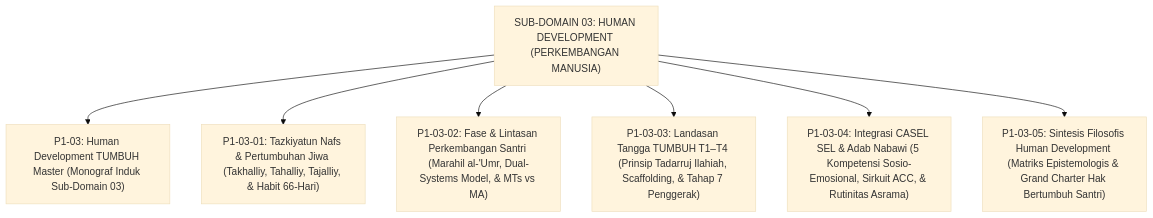
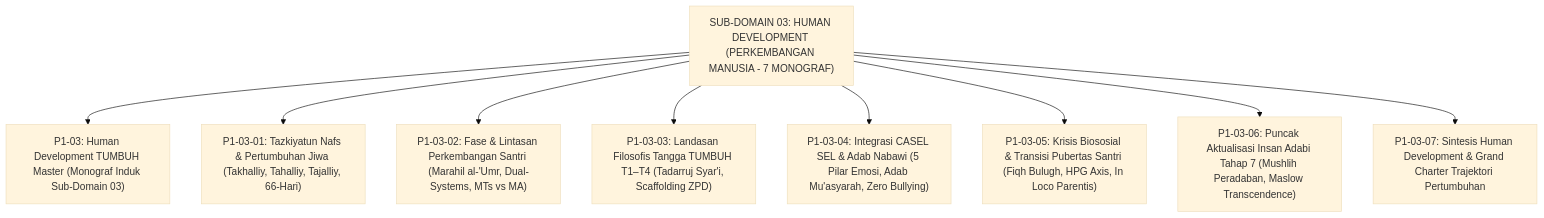
Before and after one commit to wandiapriliyandi/tumbuh: the diagram in 01 Philosophy/03 Human Development/README.md, drawn with Mermaid (base theme). The commit also changed other lines of this file and 18 other files, not shown here.

````diff
--- a/01 Philosophy/03 Human Development/README.md
+++ b/01 Philosophy/03 Human Development/README.md
@@ -14,11 +14,13 @@
 ```mermaid
 graph TD
-    HumanDev["SUB-DOMAIN 03: HUMAN DEVELOPMENT (PERKEMBANGAN MANUSIA)"]
+    HumanDev["SUB-DOMAIN 03: HUMAN DEVELOPMENT (PERKEMBANGAN MANUSIA - 7 MONOGRAF)"]
     
     HumanDev --> Master["P1-03: Human Development TUMBUH Master (Monograf Induk Sub-Domain 03)"]
-    HumanDev --> M1["P1-03-01: Tazkiyatun Nafs & Pertumbuhan Jiwa (Takhalliy, Tahalliy, Tajalliy, & Habit 66-Hari)"]
-    HumanDev --> M2["P1-03-02: Fase & Lintasan Perkembangan Santri (Marahil al-'Umr, Dual-Systems Model, & MTs vs MA)"]
-    HumanDev --> M3["P1-03-03: Landasan Tangga TUMBUH T1–T4 (Prinsip Tadarruj Ilahiah, Scaffolding, & Tahap 7 Penggerak)"]
-    HumanDev --> M4["P1-03-04: Integrasi CASEL SEL & Adab Nabawi (5 Kompetensi Sosio-Emosional, Sirkuit ACC, & Rutinitas Asrama)"]
-    HumanDev --> M5["P1-03-05: Sintesis Filosofis Human Development (Matriks Epistemologis & Grand Charter Hak Bertumbuh Santri)"]
+    HumanDev --> M1["P1-03-01: Tazkiyatun Nafs & Pertumbuhan Jiwa (Takhalliy, Tahalliy, Tajalliy, 66-Hari)"]
+    HumanDev --> M2["P1-03-02: Fase & Lintasan Perkembangan Santri (Marahil al-'Umr, Dual-Systems, MTs vs MA)"]
+    HumanDev --> M3["P1-03-03: Landasan Filosofis Tangga TUMBUH T1–T4 (Tadarruj Syar'i, Scaffolding ZPD)"]
+    HumanDev --> M4["P1-03-04: Integrasi CASEL SEL & Adab Nabawi (5 Pilar Emosi, Adab Mu'asyarah, Zero Bullying)"]
+    HumanDev --> M5["P1-03-05: Krisis Biososial & Transisi Pubertas Santri (Fiqh Bulugh, HPG Axis, In Loco Parentis)"]
+    HumanDev --> M6["P1-03-06: Puncak Aktualisasi Insan Adabi Tahap 7 (Mushlih Peradaban, Maslow Transcendence)"]
+    HumanDev --> M7["P1-03-07: Sintesis Human Development & Grand Charter Trajektori Pertumbuhan"]
 ```
````
